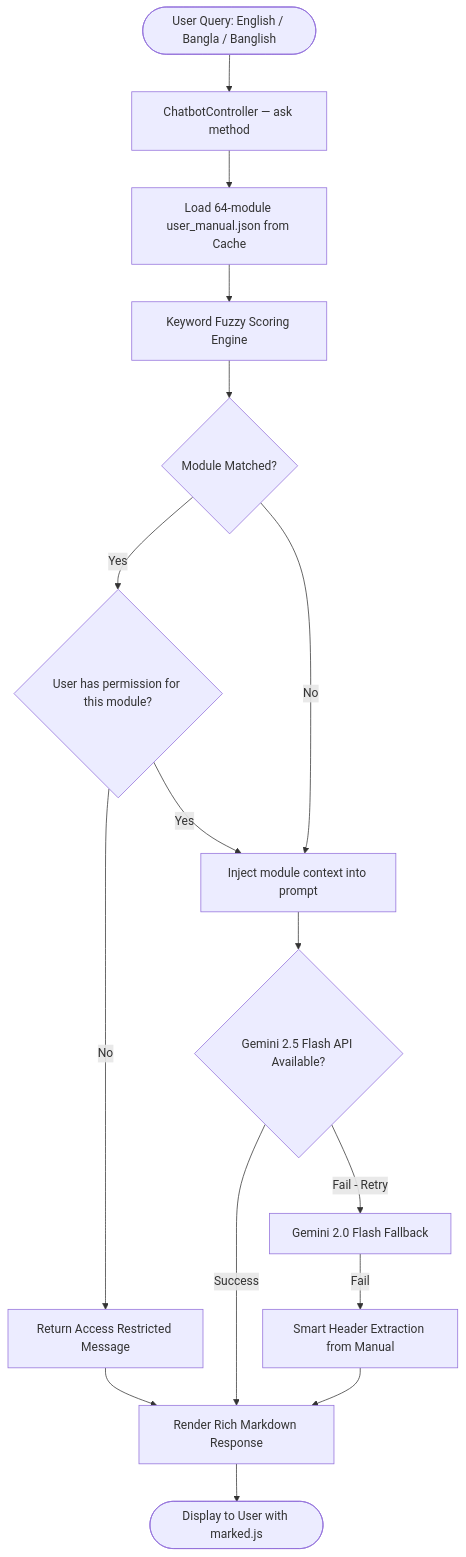
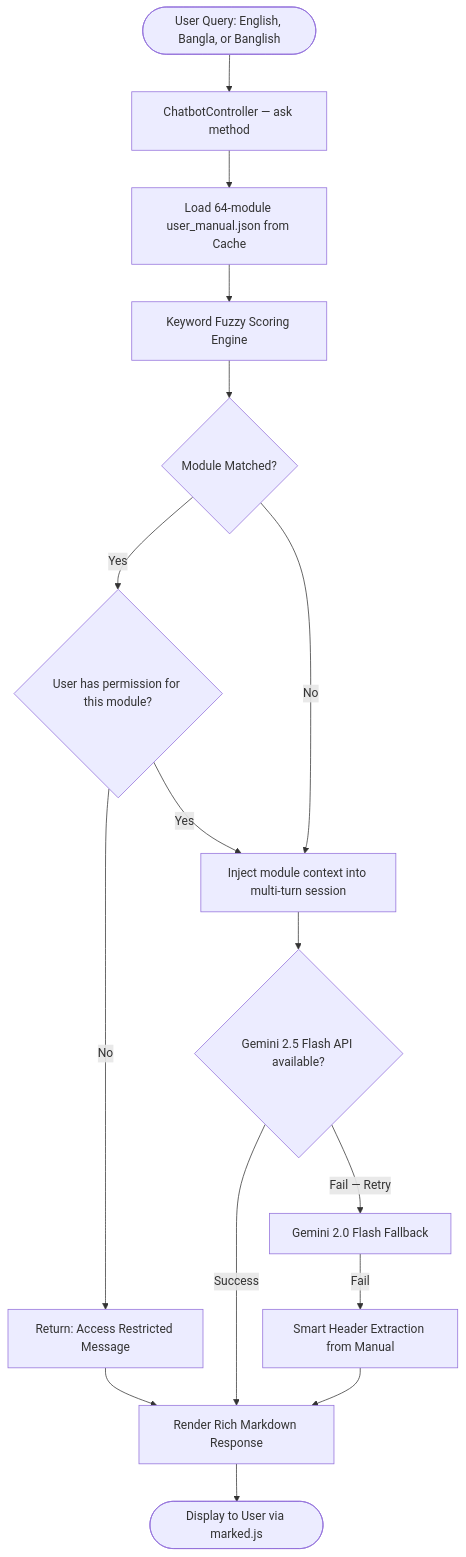
The fourth of 4 diagrams in README.md (ShakhawatSakib9/Constrcution_MIS), drawn with Mermaid before and after one commit. The commit also changed other lines of this file, not shown here.

````diff
--- a/README.md
+++ b/README.md
@@ -299,18 +506,18 @@
 ```mermaid
 flowchart TD
-    Q(["User Query: English / Bangla / Banglish"]) --> C["ChatbotController — ask method"]
+    Q(["User Query: English, Bangla, or Banglish"]) --> C["ChatbotController — ask method"]
     C --> KB["Load 64-module user_manual.json from Cache"]
     KB --> Fuzzy["Keyword Fuzzy Scoring Engine"]
     Fuzzy --> Match{"Module Matched?"}
     Match -->|Yes| RBAC{"User has permission for this module?"}
-    RBAC -->|No| Deny["Return Access Restricted Message"]
-    RBAC -->|Yes| Inject["Inject module context into prompt"]
+    RBAC -->|No| Deny["Return: Access Restricted Message"]
+    RBAC -->|Yes| Inject["Inject module context into multi-turn session"]
     Match -->|No| Inject
-    Inject --> API{"Gemini 2.5 Flash API Available?"}
+    Inject --> API{"Gemini 2.5 Flash API available?"}
     API -->|Success| MD["Render Rich Markdown Response"]
-    API -->|"Fail - Retry"| G2["Gemini 2.0 Flash Fallback"]
+    API -->|"Fail — Retry"| G2["Gemini 2.0 Flash Fallback"]
     G2 -->|Fail| Offline["Smart Header Extraction from Manual"]
     Offline --> MD
     Deny --> MD
-    MD --> User(["Display to User with marked.js"])
+    MD --> User(["Display to User via marked.js"])
 ```
````
